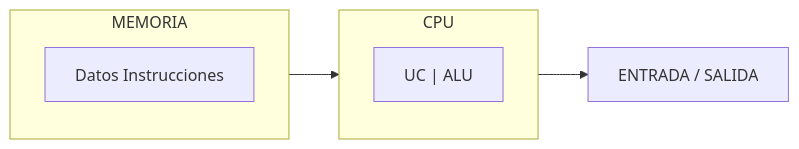
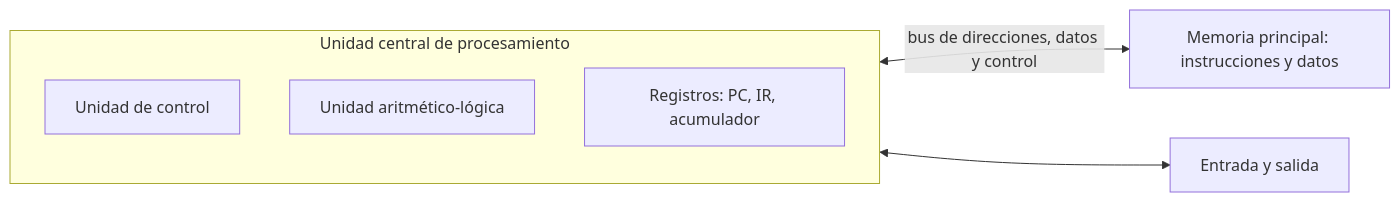
The diagram in public/documents/semester-1/3/1312.md (djaimej/computer-science-template), drawn with Mermaid before and after one commit. The commit also changed other lines of this file and 6 other files, not shown here.

````diff
--- a/public/documents/semester-1/3/1312.md
+++ b/public/documents/semester-1/3/1312.md
@@ -32,13 +11,13 @@
 ```mermaid
 flowchart LR
- subgraph s1["MEMORIA"]
-        n1["Datos Instrucciones"]
+  subgraph CPU["Unidad central de procesamiento"]
+    UC["Unidad de control"]
+    ALU["Unidad aritmético-lógica"]
+    REG["Registros: PC, IR, acumulador"]
   end
- subgraph s2["CPU"]
-        n2["UC | ALU"]
-  end
-    s1 --> s2 --> es["ENTRADA / SALIDA"]
-
-s1:::accent
-s2:::accent
+  MEM["Memoria principal: instrucciones y datos"]
+  ES["Entrada y salida"]
+  CPU <-- "bus de direcciones, datos y control" --> MEM
+  CPU <--> ES
+  CPU:::accent
 ```
````
